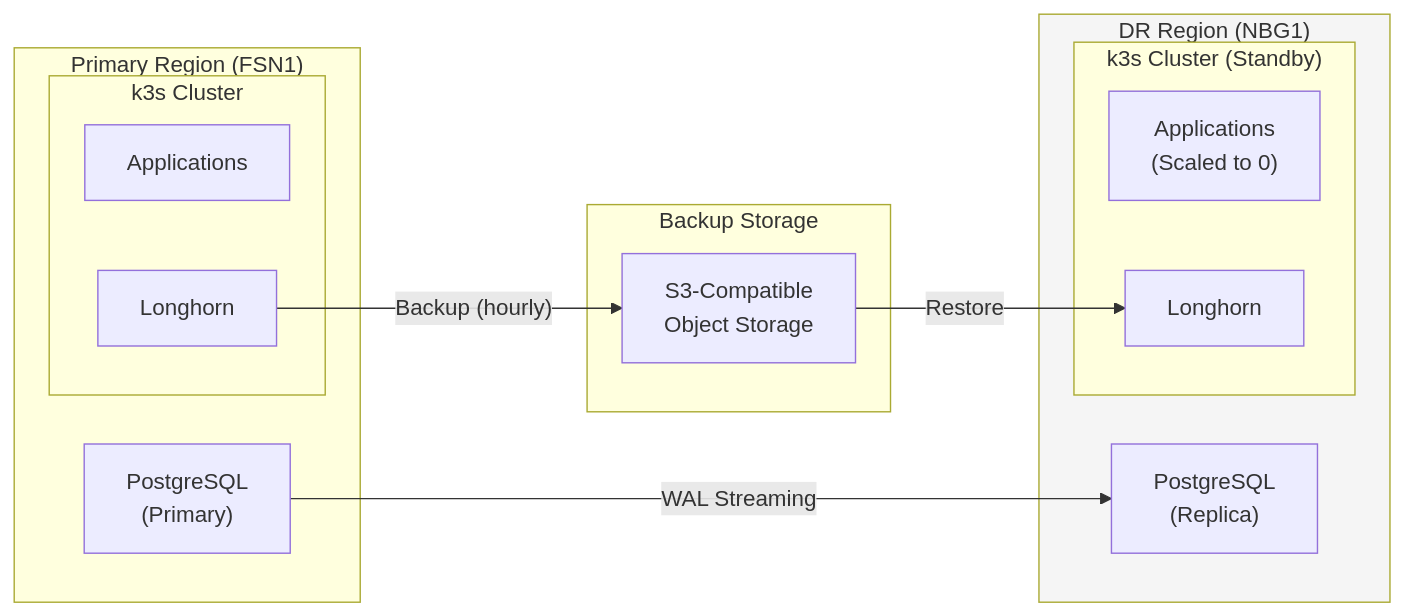
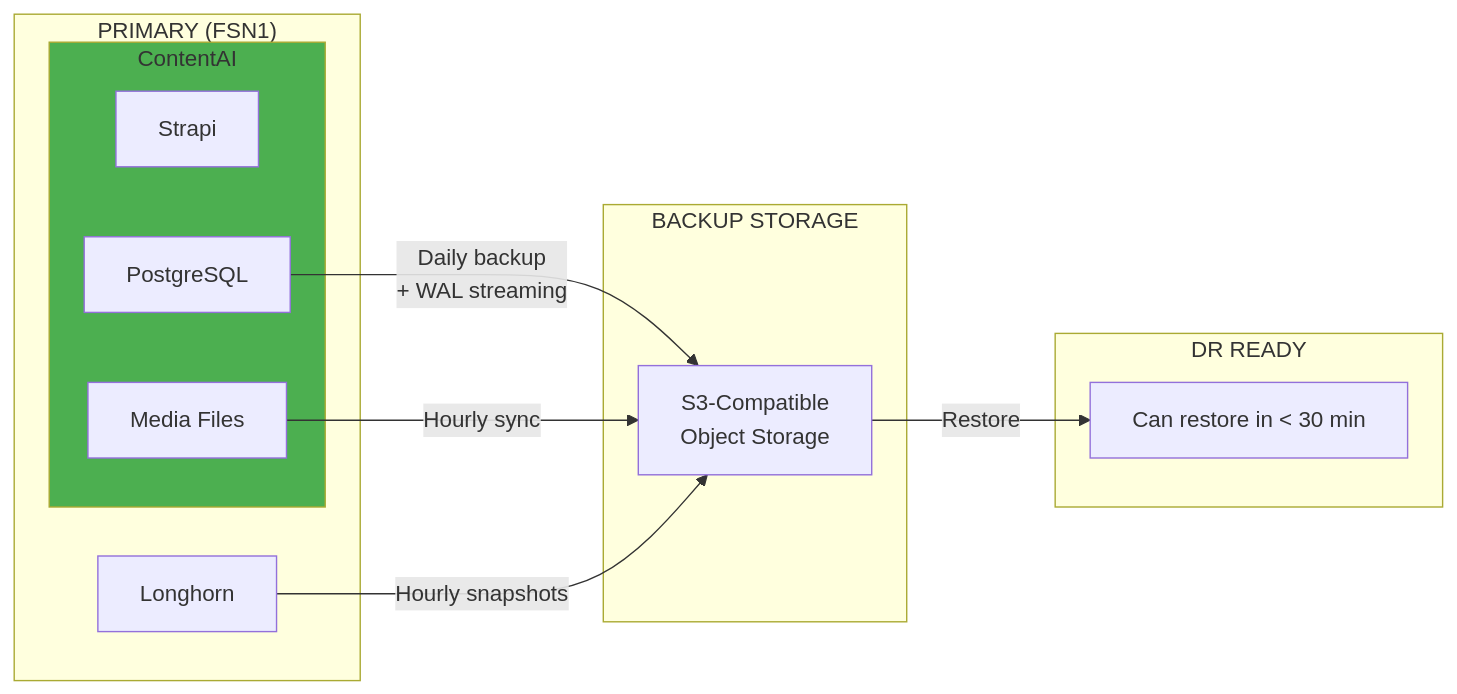
One commit to PearlThoughtsInternship/Internship-Obsidian-Vault changed the eighth of 9 diagrams in DevOps/01-Product/04-Target-Architecture.md. Above: the diagram before and after it, drawn with Mermaid. The commit also changed other lines of this file and 1 other file, not shown here.

First line of the commit message:
Rewrite Capabilities and Target Architecture with ContentAI focus

````diff
--- a/DevOps/01-Product/04-Target-Architecture.md
+++ b/DevOps/01-Product/04-Target-Architecture.md
@@ -299,28 +385,26 @@
 ```mermaid
 flowchart LR
-    subgraph Primary["Primary Region (FSN1)"]
-        subgraph K8S1["k3s Cluster"]
-            App["Applications"]
-            LH1["Longhorn"]
+    subgraph Primary["PRIMARY (FSN1)"]
+        subgraph ContentAI["ContentAI"]
+            Strapi["Strapi"]
+            PG["PostgreSQL"]
+            Media["Media Files"]
         end
-        DB1["PostgreSQL\n(Primary)"]
+        LH1["Longhorn"]
     end
 
-    subgraph Backup["Backup Storage"]
+    subgraph Backup["BACKUP STORAGE"]
         S3["S3-Compatible\nObject Storage"]
     end
 
-    subgraph DR["DR Region (NBG1)"]
-        subgraph K8S2["k3s Cluster (Standby)"]
-            App2["Applications\n(Scaled to 0)"]
-            LH2["Longhorn"]
-        end
-        DB2["PostgreSQL\n(Replica)"]
+    subgraph DR["DR READY"]
+        Restore["Can restore in < 30 min"]
     end
 
-    LH1 -->|"Backup (hourly)"| S3
-    DB1 -->|"WAL Streaming"| DB2
-    S3 -->|"Restore"| LH2
+    PG -->|"Daily backup\n+ WAL streaming"| S3
+    Media -->|"Hourly sync"| S3
+    LH1 -->|"Hourly snapshots"| S3
+    S3 -->|"Restore"| Restore
 
-    style DR fill:#f5f5f5
+    style ContentAI fill:#4CAF50
 ```
````
